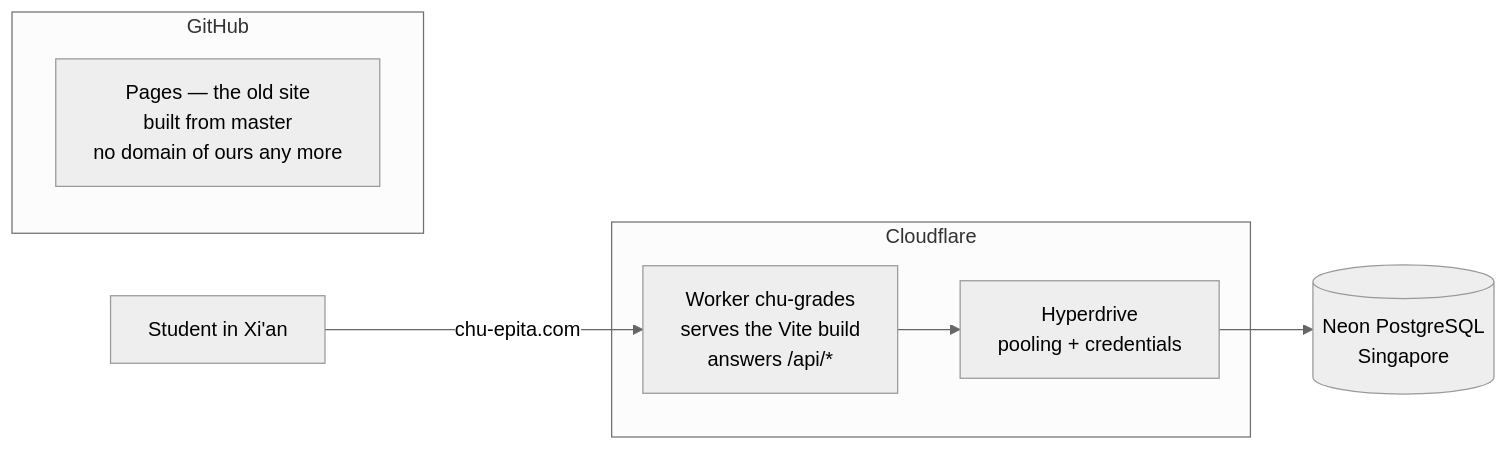
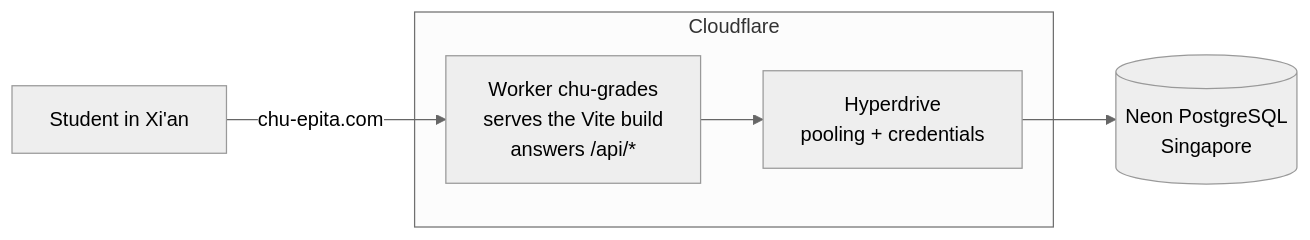
One commit to Drobat/CHU changed the first of 3 diagrams in docs/architecture.md. Above: the diagram before and after it, drawn with Mermaid (neutral theme). The commit also changed other lines of this file and 3 other files, not shown here.

````diff
--- a/docs/architecture.md
+++ b/docs/architecture.md
@@ -8,18 +8,14 @@
 ```mermaid
 flowchart LR
     student["Student in Xi'an"]
 
     subgraph cf["Cloudflare"]
         worker["Worker chu-grades<br/>serves the Vite build<br/>answers /api/*"]
         hyper["Hyperdrive<br/>pooling + credentials"]
     end
 
     neon[("Neon PostgreSQL<br/>Singapore")]
 
-    subgraph gh["GitHub"]
-        pages["Pages — the old site<br/>built from master<br/>no domain of ours any more"]
-    end
-
     student -->|"chu-epita.com"| worker
     worker --> hyper --> neon
 ```
````
